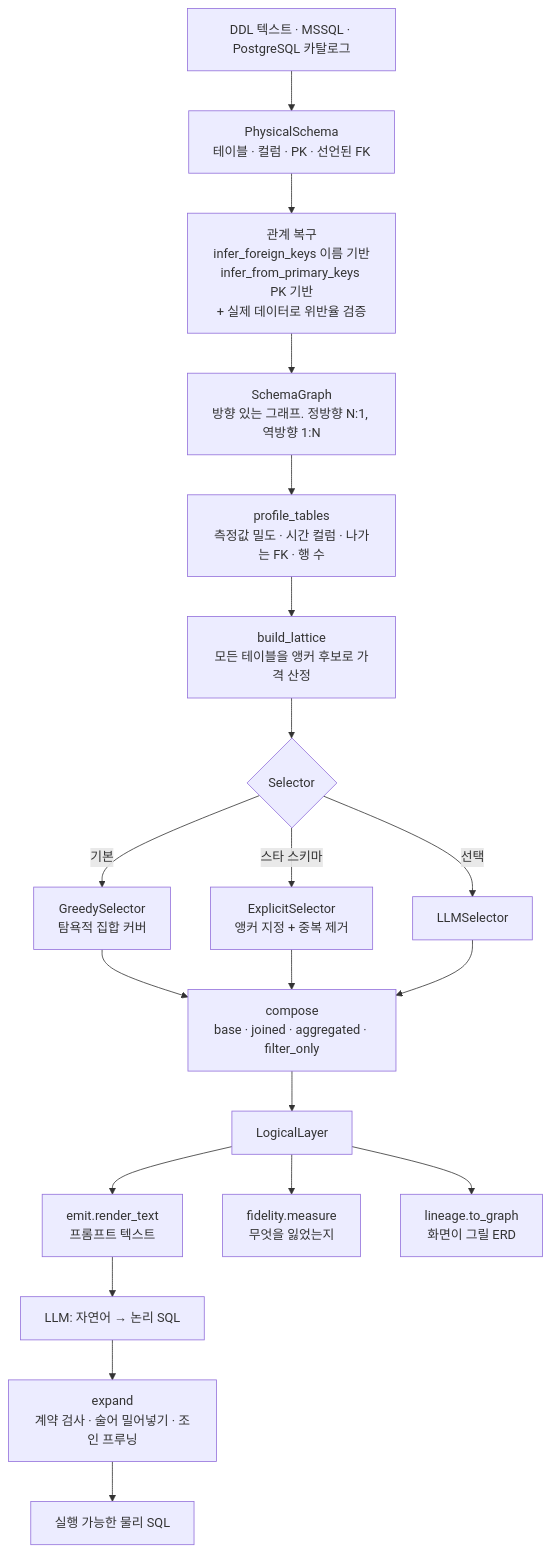
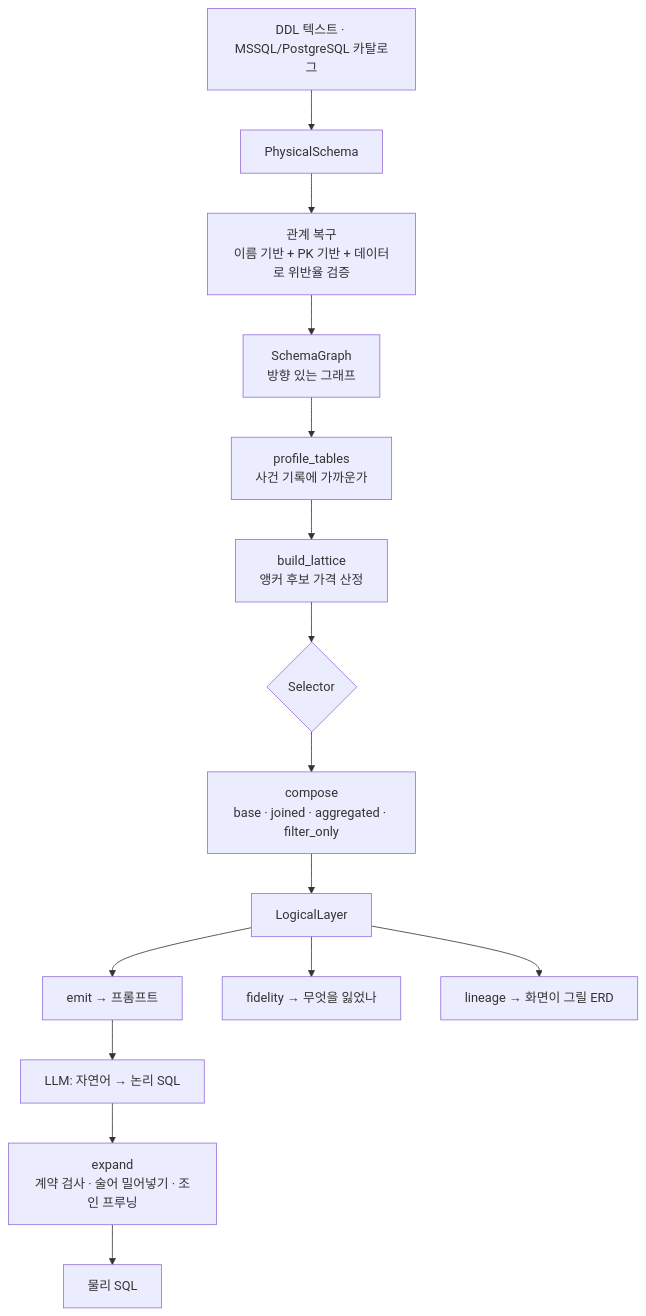
The diagram in docs/pipeline_architecture.md (Jacob-9909/tablefold), drawn with Mermaid before and after one commit. The commit also changed other lines of this file, not shown here.

````diff
--- a/docs/pipeline_architecture.md
+++ b/docs/pipeline_architecture.md
@@ -65,22 +54,17 @@
 ```mermaid
 flowchart TD
-    A["DDL 텍스트 · MSSQL · PostgreSQL 카탈로그"] --> B["PhysicalSchema<br/>테이블 · 컬럼 · PK · 선언된 FK"]
-    B --> C["관계 복구<br/>infer_foreign_keys 이름 기반<br/>infer_from_primary_keys PK 기반<br/>+ 실제 데이터로 위반율 검증"]
-    C --> D["SchemaGraph<br/>방향 있는 그래프. 정방향 N:1, 역방향 1:N"]
-    D --> E["profile_tables<br/>측정값 밀도 · 시간 컬럼 · 나가는 FK · 행 수"]
-    E --> F["build_lattice<br/>모든 테이블을 앵커 후보로 가격 산정"]
+    A["DDL 텍스트 · MSSQL/PostgreSQL 카탈로그"] --> B["PhysicalSchema"]
+    B --> C["관계 복구<br/>이름 기반 + PK 기반 + 데이터로 위반율 검증"]
+    C --> D["SchemaGraph<br/>방향 있는 그래프"]
+    D --> E["profile_tables<br/>사건 기록에 가까운가"]
+    E --> F["build_lattice<br/>앵커 후보 가격 산정"]
     F --> G{"Selector"}
-    G -->|기본| H["GreedySelector<br/>탐욕적 집합 커버"]
-    G -->|스타 스키마| I["ExplicitSelector<br/>앵커 지정 + 중복 제거"]
-    G -->|선택| J["LLMSelector"]
-    H --> K["compose<br/>base · joined · aggregated · filter_only"]
-    I --> K
-    J --> K
-    K --> L["LogicalLayer"]
-    L --> M["emit.render_text<br/>프롬프트 텍스트"]
-    L --> N["fidelity.measure<br/>무엇을 잃었는지"]
-    L --> O["lineage.to_graph<br/>화면이 그릴 ERD"]
-    M --> P["LLM: 자연어 → 논리 SQL"]
-    P --> Q["expand<br/>계약 검사 · 술어 밀어넣기 · 조인 프루닝"]
-    Q --> R["실행 가능한 물리 SQL"]
+    G --> H["compose<br/>base · joined · aggregated · filter_only"]
+    H --> I["LogicalLayer"]
+    I --> J["emit → 프롬프트"]
+    I --> K["fidelity → 무엇을 잃었나"]
+    I --> L["lineage → 화면이 그릴 ERD"]
+    J --> M["LLM: 자연어 → 논리 SQL"]
+    M --> N["expand<br/>계약 검사 · 술어 밀어넣기 · 조인 프루닝"]
+    N --> O["물리 SQL"]
 ```
````
